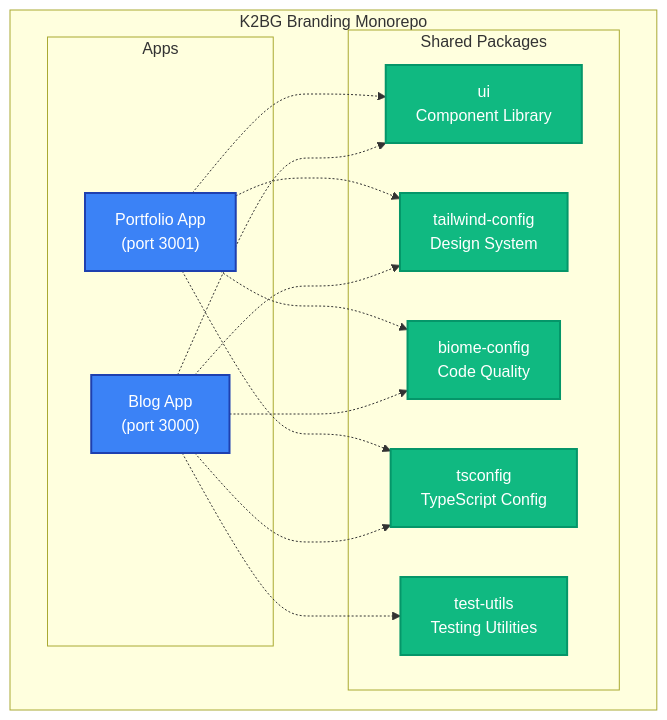
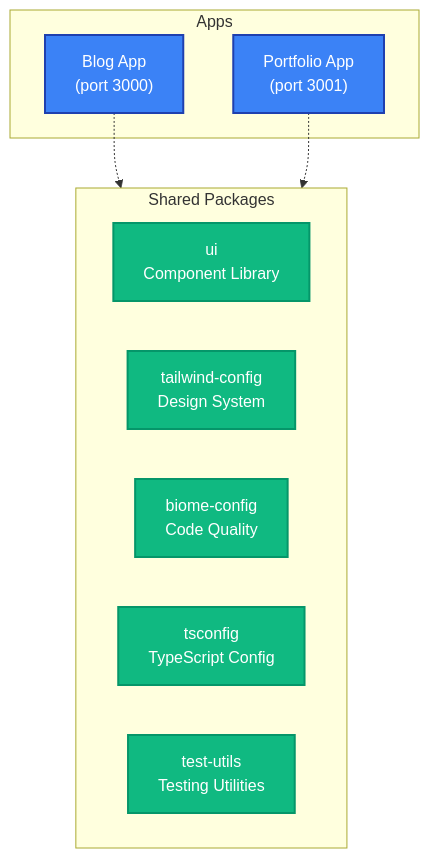
Before and after one commit to k2bg-technology/k2bg-branding: the first of 2 diagrams in README.md, drawn with Mermaid. The commit also changed other lines of this file and 2 other files, not shown here.

First line of the commit message:
📝 Docs: Simplify Mermaid diagrams in README documentation

````diff
--- a/README.md
+++ b/README.md
@@ -91,34 +91,24 @@
 ```mermaid
 flowchart TB
-    subgraph "K2BG Branding Monorepo"
-        subgraph "Apps"
-            Blog["Blog App<br/> (port 3000)"]
-            Portfolio["Portfolio App<br/> (port 3001)"]
-        end
-
-        subgraph "Shared Packages"
-            UI["ui<br/>Component Library"]
-            TailwindConfig["tailwind-config<br/>Design System"]
-            BiomeConfig["biome-config<br/>Code Quality"]
-            TSConfig["tsconfig<br/>TypeScript Config"]
-            TestUtils["test-utils<br/>Testing Utilities"]
-        end
+    subgraph apps["Apps"]
+        Blog["Blog App<br/>(port 3000)"]
+        Portfolio["Portfolio App<br/>(port 3001)"]
     end
 
-    Blog -.-> UI
-    Blog -.-> TailwindConfig
-    Blog -.-> BiomeConfig
-    Blog -.-> TSConfig
-    Blog -.-> TestUtils
+    subgraph packages["Shared Packages"]
+        UI["ui<br/>Component Library"]
+        TailwindConfig["tailwind-config<br/>Design System"]
+        BiomeConfig["biome-config<br/>Code Quality"]
+        TSConfig["tsconfig<br/>TypeScript Config"]
+        TestUtils["test-utils<br/>Testing Utilities"]
+    end
 
-    Portfolio -.-> UI
-    Portfolio -.-> TailwindConfig
-    Portfolio -.-> BiomeConfig
-    Portfolio -.-> TSConfig
+    Blog -.-> packages
+    Portfolio -.-> packages
 
     classDef appStyle fill:#3B82F6,stroke:#1E40AF,stroke-width:2px,color:#fff
     classDef packageStyle fill:#10B981,stroke:#059669,stroke-width:2px,color:#fff
 
     class Blog,Portfolio appStyle
     class UI,TailwindConfig,BiomeConfig,TSConfig,TestUtils packageStyle
 ```
````
